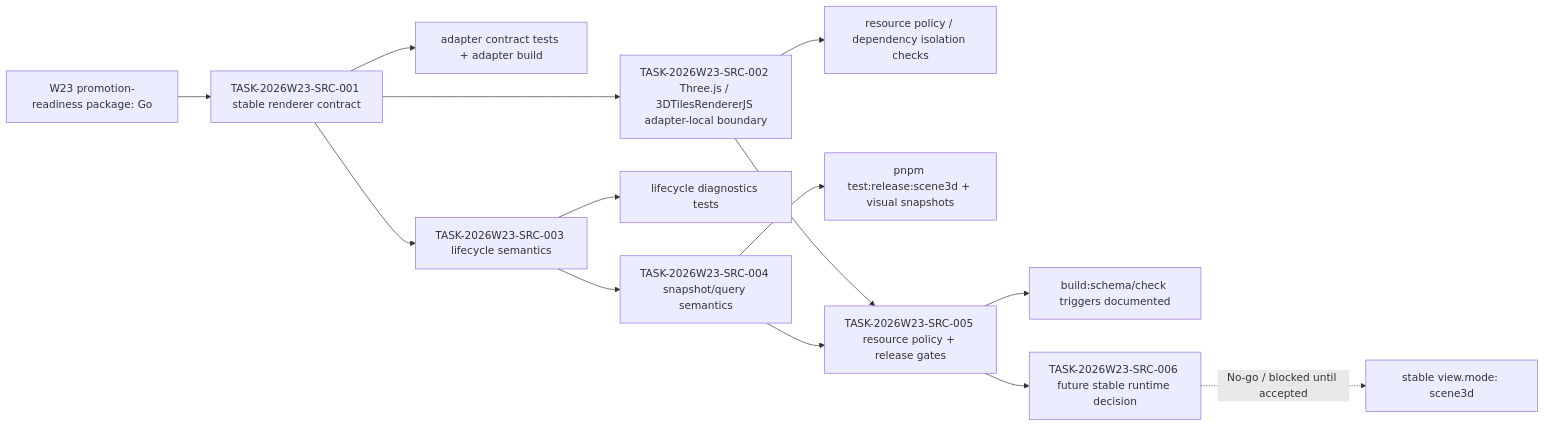
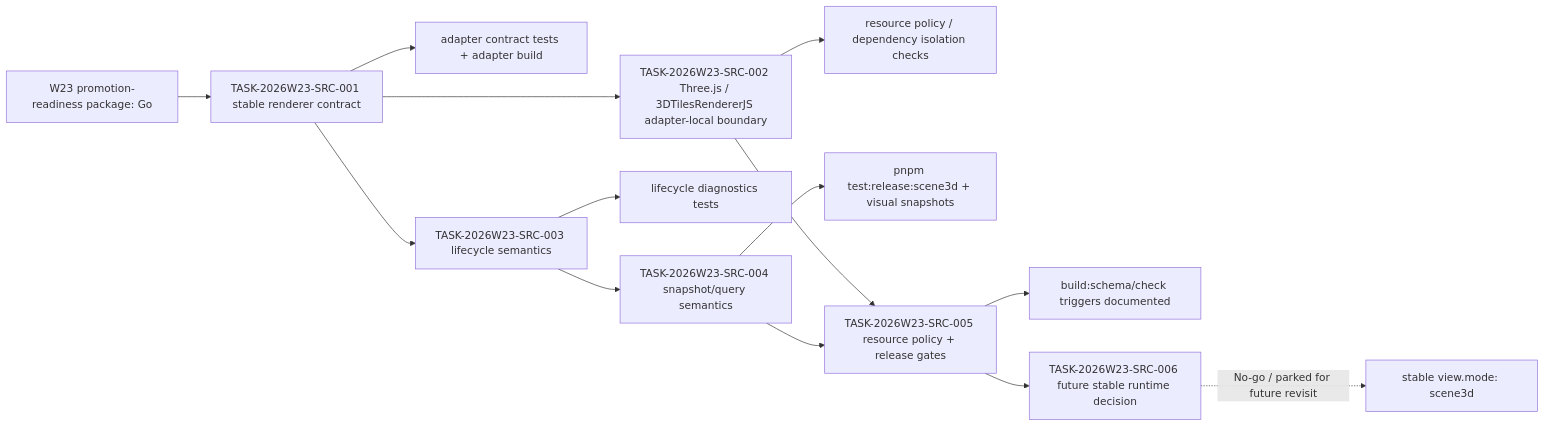
Before and after one commit to HYNCM/gis-engine: the fourth of 4 diagrams in docs/planning/dependency-graph.md, drawn with Mermaid. The commit also changed other lines of this file and 8 other files, not shown here.

````diff
--- a/docs/planning/dependency-graph.md
+++ b/docs/planning/dependency-graph.md
@@ -140,16 +142,16 @@
 ```mermaid
 flowchart LR
   A["W23 promotion-readiness package: Go"] --> B["TASK-2026W23-SRC-001 stable renderer contract"]
   B --> B1["adapter contract tests + adapter build"]
   B --> C["TASK-2026W23-SRC-002 Three.js / 3DTilesRendererJS adapter-local boundary"]
   B --> D["TASK-2026W23-SRC-003 lifecycle semantics"]
   C --> C1["resource policy / dependency isolation checks"]
   D --> D1["lifecycle diagnostics tests"]
   D --> E["TASK-2026W23-SRC-004 snapshot/query semantics"]
   E --> E1["pnpm test:release:scene3d + visual snapshots"]
   C --> F["TASK-2026W23-SRC-005 resource policy + release gates"]
   E --> F
   F --> F1["build:schema/check triggers documented"]
   F --> G["TASK-2026W23-SRC-006 future stable runtime decision"]
-  G -. "No-go / blocked until accepted" .-> H["stable view.mode: scene3d"]
+  G -. "No-go / parked for future revisit" .-> H["stable view.mode: scene3d"]
 ```
````
